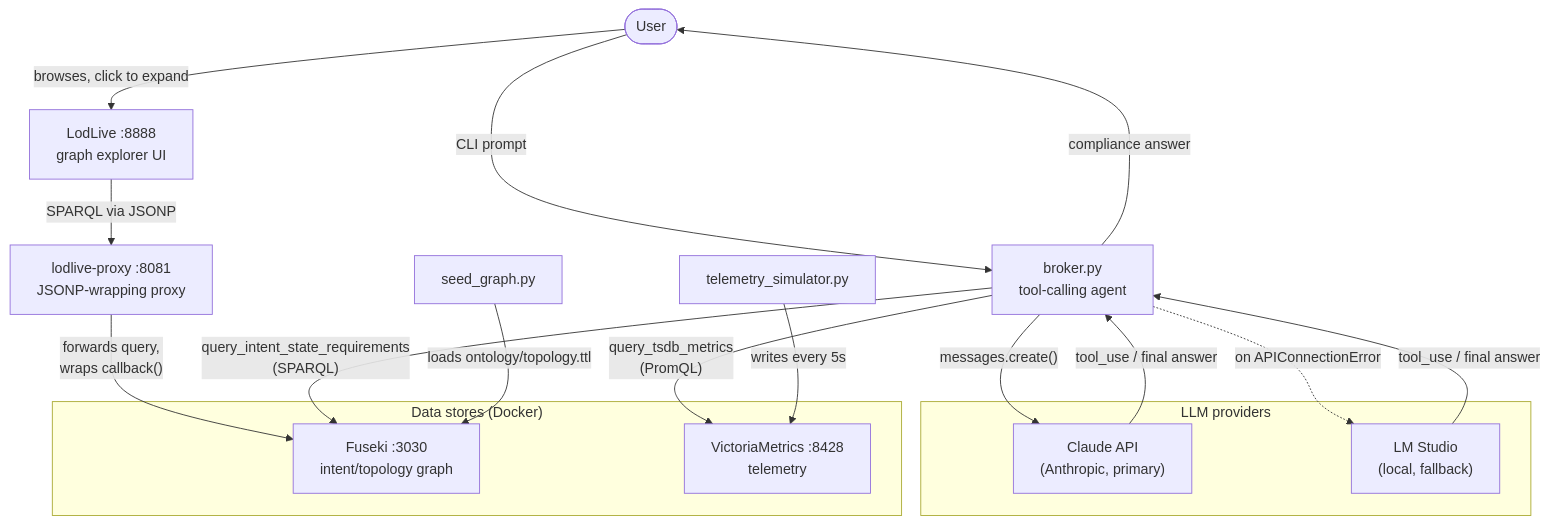
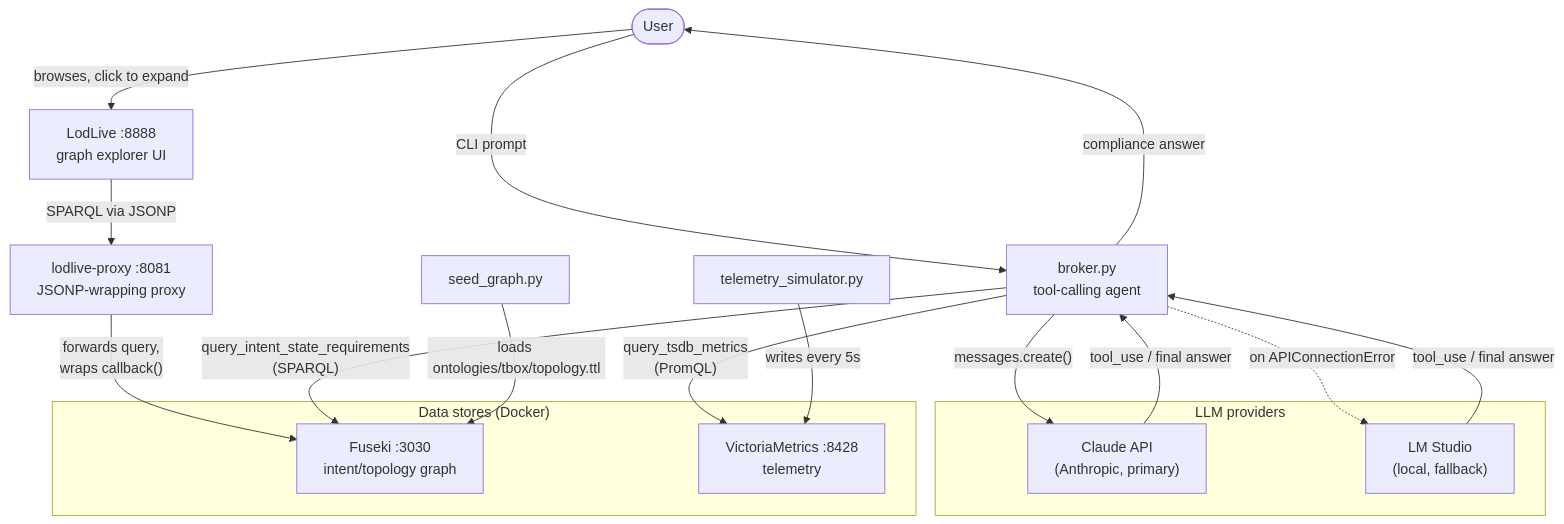
One commit to bradspau/contextbroker changed the diagram in README.md. Above: the diagram before and after it, drawn with Mermaid. The commit also changed other lines of this file and 12 other files, not shown here.

````diff
--- a/README.md
+++ b/README.md
@@ -10,30 +10,30 @@
 ```mermaid
 flowchart TB
     User(["User"]) -->|"CLI prompt"| Broker["broker.py<br/>tool-calling agent"]
     Broker -->|"compliance answer"| User
     User -->|"browses, click to expand"| LodLive["LodLive :8888<br/>graph explorer UI"]
 
     LodLive -->|"SPARQL via JSONP"| Proxy["lodlive-proxy :8081<br/>JSONP-wrapping proxy"]
     Proxy -->|"forwards query,<br/>wraps callback()"| Fuseki
 
     subgraph LLM["LLM providers"]
         Claude["Claude API<br/>(Anthropic, primary)"]
         LMStudio["LM Studio<br/>(local, fallback)"]
     end
 
     Broker -->|"messages.create()"| Claude
     Broker -.->|"on APIConnectionError"| LMStudio
     Claude -->|"tool_use / final answer"| Broker
     LMStudio -->|"tool_use / final answer"| Broker
 
     subgraph Data["Data stores (Docker)"]
         Fuseki["Fuseki :3030<br/>intent/topology graph"]
         VM["VictoriaMetrics :8428<br/>telemetry"]
     end
 
     Broker -->|"query_intent_state_requirements<br/>(SPARQL)"| Fuseki
     Broker -->|"query_tsdb_metrics<br/>(PromQL)"| VM
 
-    SeedGraph["seed_graph.py"] -->|"loads ontology/topology.ttl"| Fuseki
+    SeedGraph["seed_graph.py"] -->|"loads ontologies/tbox/topology.ttl"| Fuseki
     TelemetrySim["telemetry_simulator.py"] -->|"writes every 5s"| VM
 ```
````
